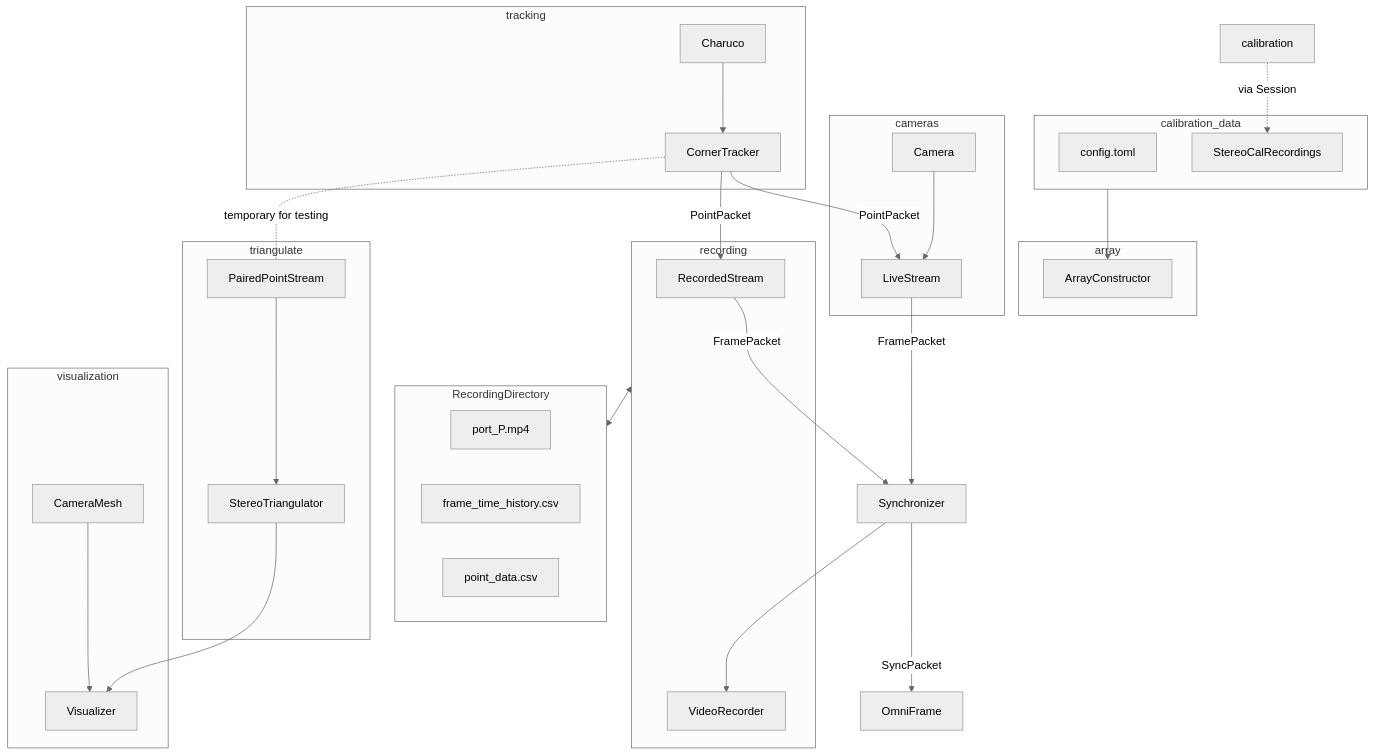
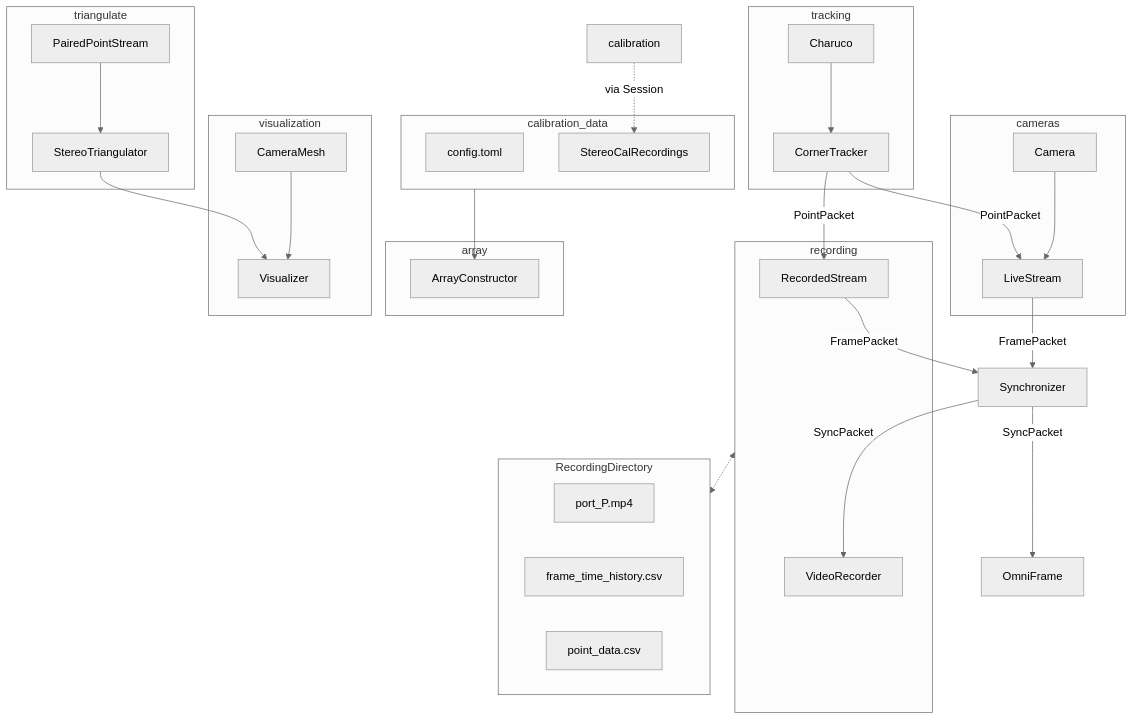
The diagram in README.md (mprib/caliscope), drawn with Mermaid (neutral theme) before and after one commit.

Commit message:
making clear what doesn't work

````diff
--- a/README.md
+++ b/README.md
@@ -9,60 +11,58 @@
 ```mermaid
 graph TD
 
 
 LiveStream --FramePacket--> Synchronizer
 RecordedStream --FramePacket--> Synchronizer
-Synchronizer --> VideoRecorder
+Synchronizer --SyncPacket--> VideoRecorder
 
 subgraph cameras
 Camera --> LiveStream
 end
 subgraph tracking
 Charuco --> CornerTracker
 CornerTracker --PointPacket--> LiveStream
 end
 
 
 Synchronizer --SyncPacket-->  OmniFrame
-recording <--> RecordingDirectory
+recording <-..-> RecordingDirectory
 
+
+subgraph recording
+RecordedStream
+VideoRecorder 
+end
 subgraph RecordingDirectory
 port_P.mp4
 frame_time_history.csv
 point_data.csv
-end
-
-subgraph recording
-VideoRecorder 
-RecordedStream
 end
 
 subgraph calibration_data
 config.toml
 StereoCalRecordings
 end
 
 
 CornerTracker --PointPacket--> RecordedStream
 
 calibration -.via Session.-> StereoCalRecordings
 calibration_data --> ArrayConstructor
 
 subgraph array
 ArrayConstructor
 end
 
 
 
-CornerTracker -.temporary for testing.- PairedPointStream
-
 subgraph triangulate
 PairedPointStream --> StereoTriangulator
 end
 
 subgraph visualization
 CameraMesh --> Visualizer
 StereoTriangulator --> Visualizer
 end
 
 ```
````
